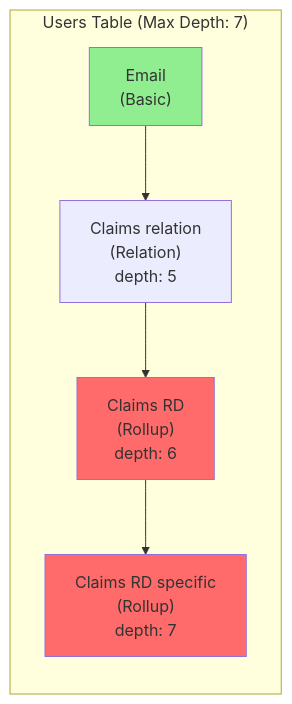
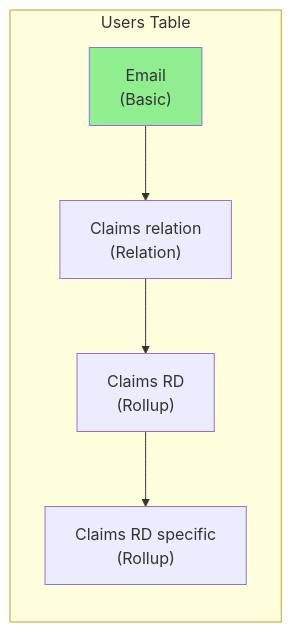
Before and after one commit to glideapps/glide-code: the second of 2 diagrams in glide/skills/app-audit/procedures/fetch-app-data.md, drawn with Mermaid. The commit also changed other lines of this file and 4 other files, not shown here.

````diff
--- a/glide/skills/app-audit/procedures/fetch-app-data.md
+++ b/glide/skills/app-audit/procedures/fetch-app-data.md
@@ -559,17 +560,15 @@
 ```mermaid
 flowchart BT
-    subgraph Users["Users Table (Max Depth: 7)"]
+    subgraph Users["Users Table"]
         Email["Email<br/>(Basic)"]
-        ClaimsRel["Claims relation<br/>(Relation)<br/>depth: 5"]
-        ClaimsRD["Claims RD<br/>(Rollup)<br/>depth: 6"]
-        ClaimsSpec["Claims RD specific<br/>(Rollup)<br/>depth: 7"]
+        ClaimsRel["Claims relation<br/>(Relation)"]
+        ClaimsRD["Claims RD<br/>(Rollup)"]
+        ClaimsSpec["Claims RD specific<br/>(Rollup)"]
 
         Email --> ClaimsRel
         ClaimsRel --> ClaimsRD
         ClaimsRD --> ClaimsSpec
     end
 
     style Email fill:#90EE90
-    style ClaimsRD fill:#FF6B6B
-    style ClaimsSpec fill:#FF6B6B
 ```
````
